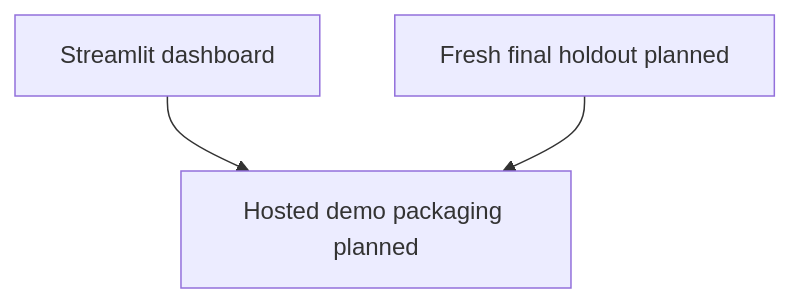
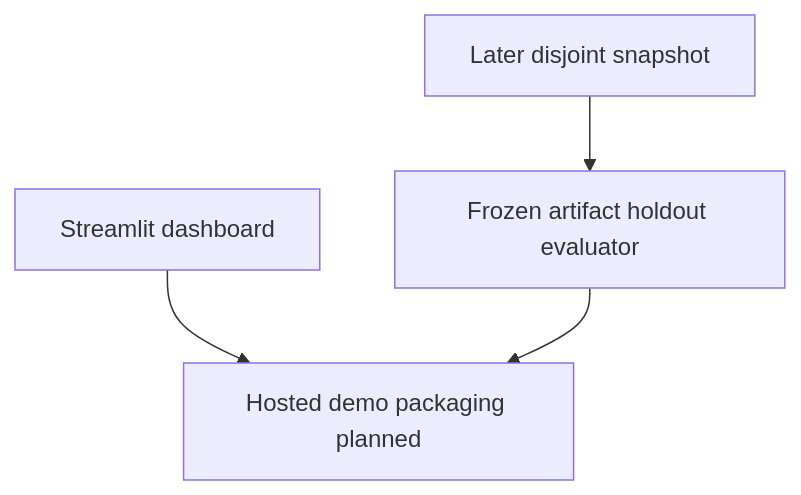
The sixth of 6 diagrams in docs/ARCHITECTURE.md (ConquestorYa/threatfusion-ai), drawn with Mermaid before and after one commit.

Commit message:
docs: add frozen holdout evaluation flow

````diff
--- a/docs/ARCHITECTURE.md
+++ b/docs/ARCHITECTURE.md
@@ -104,5 +104,6 @@
 ```mermaid
 flowchart TD
     Dashboard[Streamlit dashboard] --> Hosted[Hosted demo packaging planned]
-    Eval[Fresh final holdout planned] --> Hosted
+    Holdout[Later disjoint snapshot] --> Eval[Frozen artifact holdout evaluator]
+    Eval --> Hosted
 ```
````
